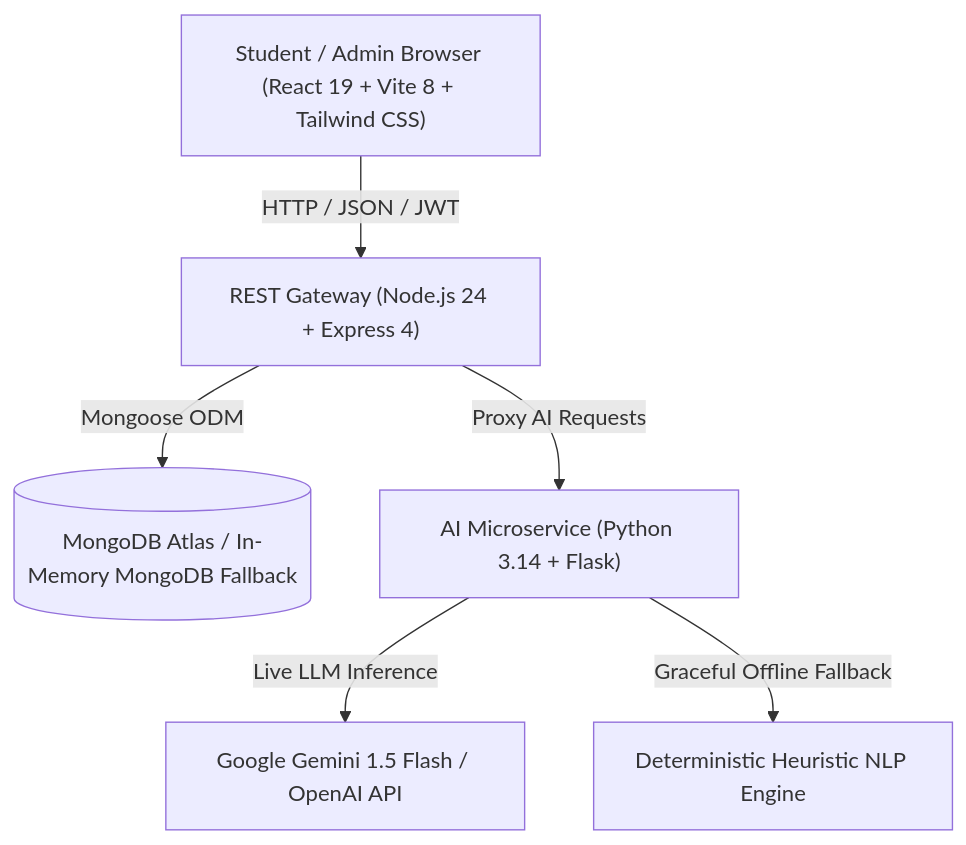
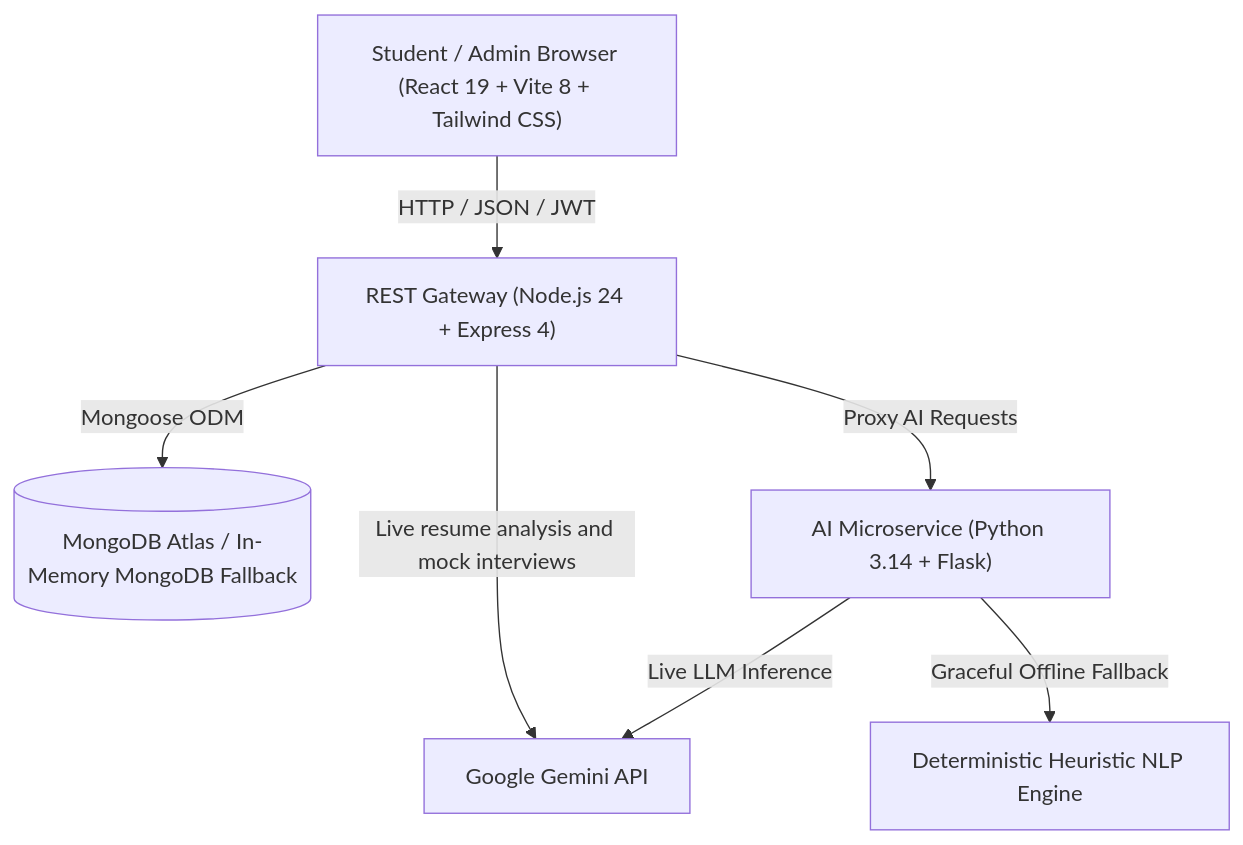
One commit to abhiagam65/Ai-Placement-Asistance-portal changed the diagram in README.md. Above: the diagram before and after it, drawn with Mermaid. The commit also changed other lines of this file and 26 other files, not shown here.

Commit message:
add resume analyzer & ai mock interviewer

````diff
--- a/README.md
+++ b/README.md
@@ -16,15 +16,16 @@
 ```mermaid
 graph TD
     UserClient["Student / Admin Browser (React 19 + Vite 8 + Tailwind CSS)"]
     API["REST Gateway (Node.js 24 + Express 4)"]
     DB[(MongoDB Atlas / In-Memory MongoDB Fallback)]
     AIService["AI Microservice (Python 3.14 + Flask)"]
-    ExternalLLM["Google Gemini 1.5 Flash / OpenAI API"]
+    ExternalLLM["Google Gemini API"]
     LocalFallback["Deterministic Heuristic NLP Engine"]
 
     UserClient -->|HTTP / JSON / JWT| API
     API -->|Mongoose ODM| DB
+    API -->|Live resume analysis and mock interviews| ExternalLLM
     API -->|Proxy AI Requests| AIService
     AIService -->|Live LLM Inference| ExternalLLM
     AIService -->|Graceful Offline Fallback| LocalFallback
 ```
````
